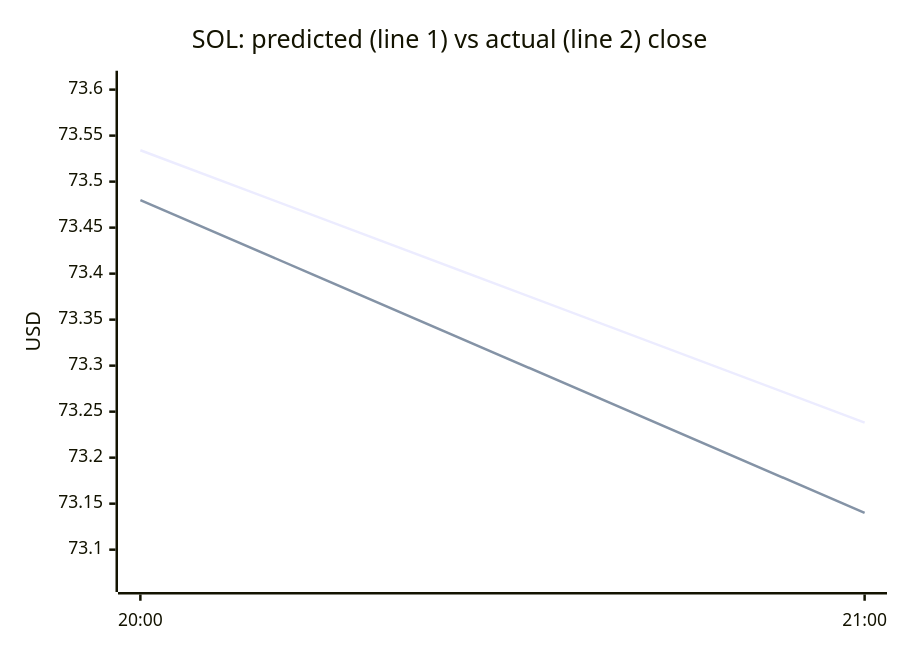
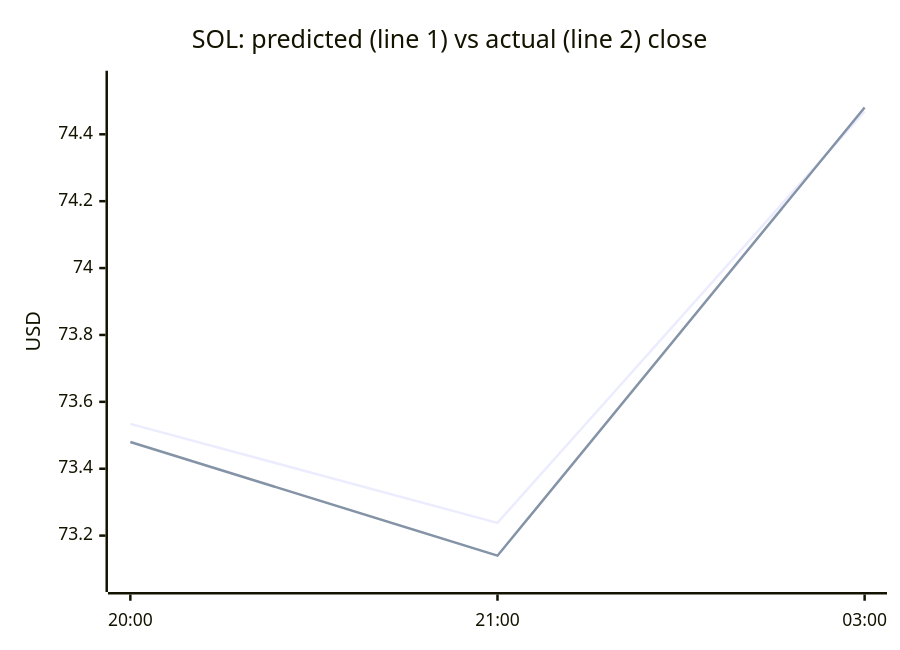
One commit to samuelkreitl-wq/crypto-hourly-forecaster changed the third of 4 diagrams in README.md. Above: the diagram before and after it, drawn with Mermaid. The commit also changed other lines of this file and 14 other files, not shown here.

````diff
--- a/README.md
+++ b/README.md
@@ -56,8 +56,8 @@
 ```mermaid
 xychart-beta
     title "SOL: predicted (line 1) vs actual (line 2) close"
-    x-axis ["20:00", "21:00"]
-    y-axis "USD" 73.0669 --> 73.6076
-    line [73.5341, 73.2381]
-    line [73.4800, 73.1400]
+    x-axis ["20:00", "21:00", "03:00"]
+    y-axis "USD" 73.0669 --> 74.5545
+    line [73.5341, 73.2381, 74.4685]
+    line [73.4800, 73.1400, 74.4800]
 ```
````
